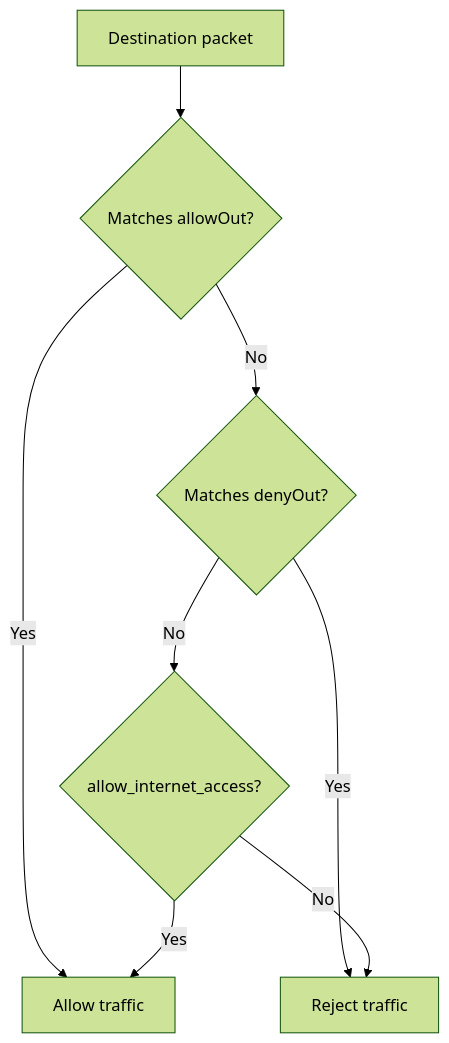
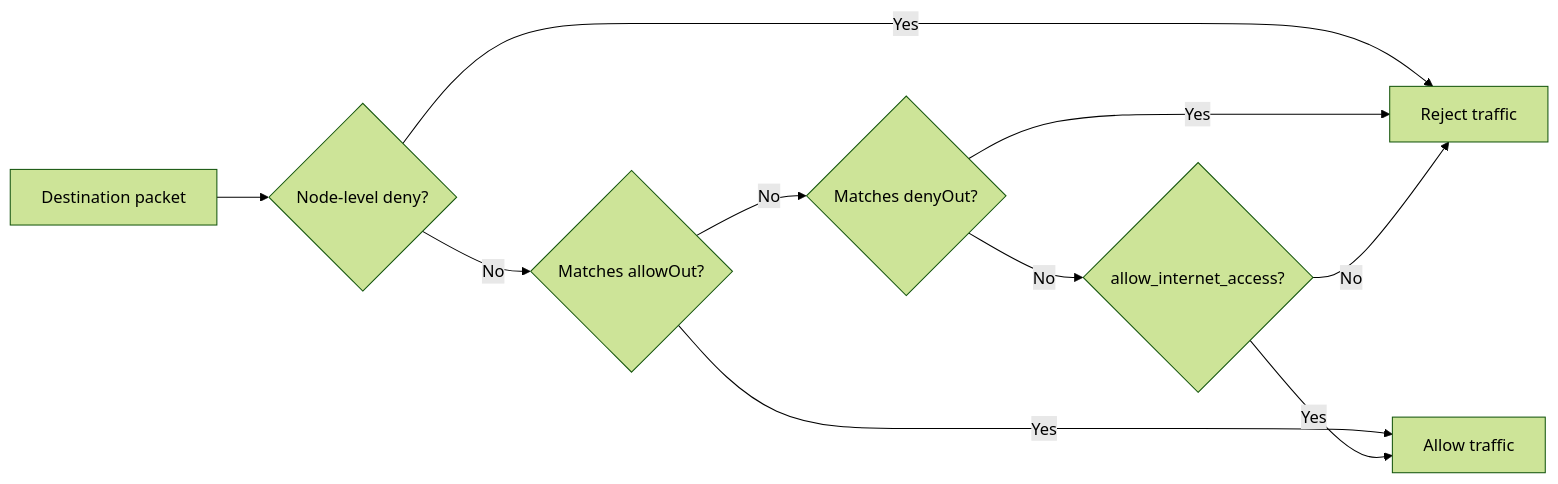
One commit to Hygge-Gezelligheid/AgentENV-open changed the second of 2 diagrams in docs/src/concepts/sandboxes.md. Above: the diagram before and after it, drawn with Mermaid (forest theme). The commit also changed other lines of this file and 16 other files, not shown here.

````diff
--- a/docs/src/concepts/sandboxes.md
+++ b/docs/src/concepts/sandboxes.md
@@ -177,10 +381,12 @@
 ```mermaid
-flowchart TD
-    A[Destination packet] --> B{Matches allowOut?}
+flowchart LR
+    A[Destination packet] --> N{Node-level deny?}
+    N -->|Yes| E[Reject traffic]
+    N -->|No| B{Matches allowOut?}
     B -->|Yes| C[Allow traffic]
     B -->|No| D{Matches denyOut?}
-    D -->|Yes| E[Reject traffic]
+    D -->|Yes| E
     D -->|No| F{"allow_internet_access?"}
     F -->|Yes| C
     F -->|No| E
 ```
````
